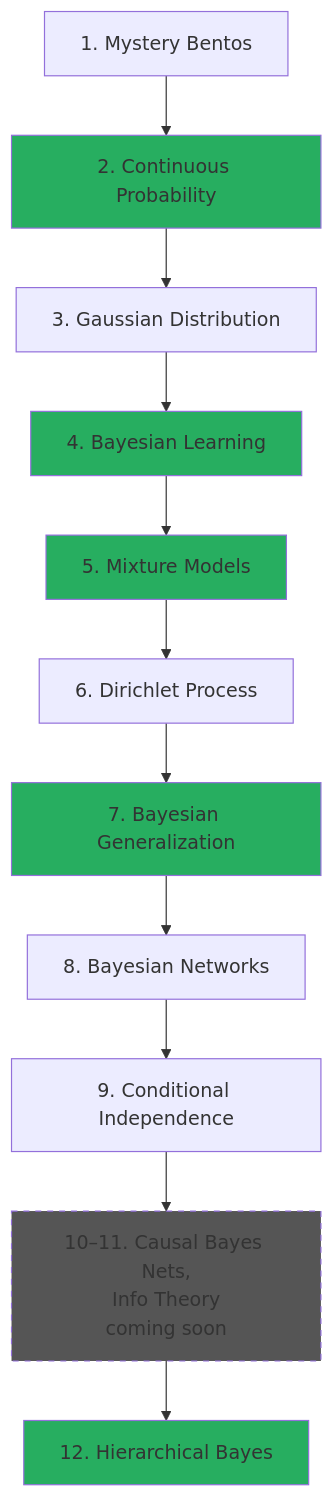
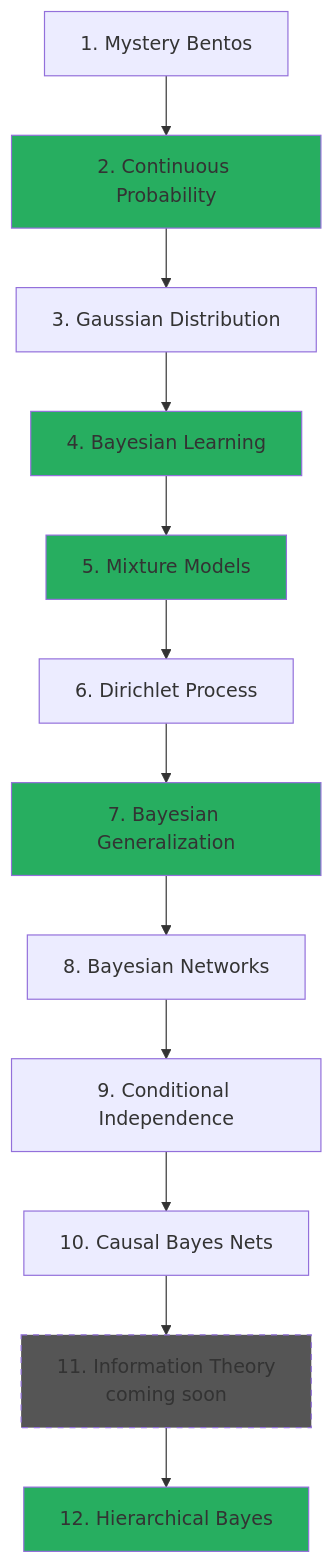
One commit to josephausterweil/probintro changed the diagram in content/intro2/_index.md. Above: the diagram before and after it, drawn with Mermaid. The commit also changed other lines of this file and 2 other files, not shown here.

First line of the commit message:
T3 Ch10: Causal Bayes Nets and the Do-Operator

````diff
--- a/content/intro2/_index.md
+++ b/content/intro2/_index.md
@@ -34,22 +34,23 @@
 ```mermaid
 graph TB
     A[1. Mystery Bentos] --> B[2. Continuous Probability]
     B --> C[3. Gaussian Distribution]
     C --> D[4. Bayesian Learning]
     D --> E[5. Mixture Models]
     E --> F[6. Dirichlet Process]
     F --> G[7. Bayesian Generalization]
     G --> H[8. Bayesian Networks]
     H --> I[9. Conditional Independence]
-    I --> S[10–11. Causal Bayes Nets,<br/>Info Theory<br/>coming soon]
+    I --> J[10. Causal Bayes Nets]
+    J --> S[11. Information Theory<br/>coming soon]
     S --> L[12. Hierarchical Bayes]
 
     style B fill:#27ae60
     style D fill:#27ae60
     style E fill:#27ae60
     style G fill:#27ae60
     style L fill:#27ae60
     style S fill:#555,stroke-dasharray: 5 5
 
     classDef foundational fill:#27ae60,stroke:#333,stroke-width:2px,color:#fff
 ```
````
